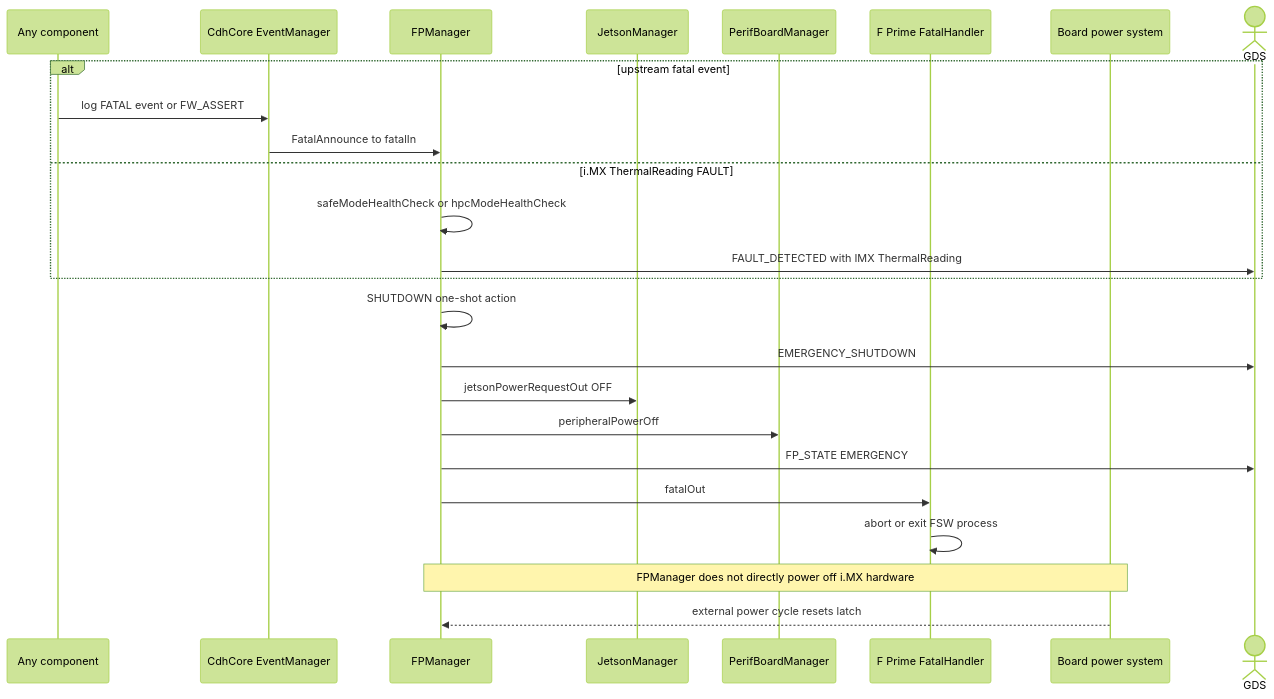
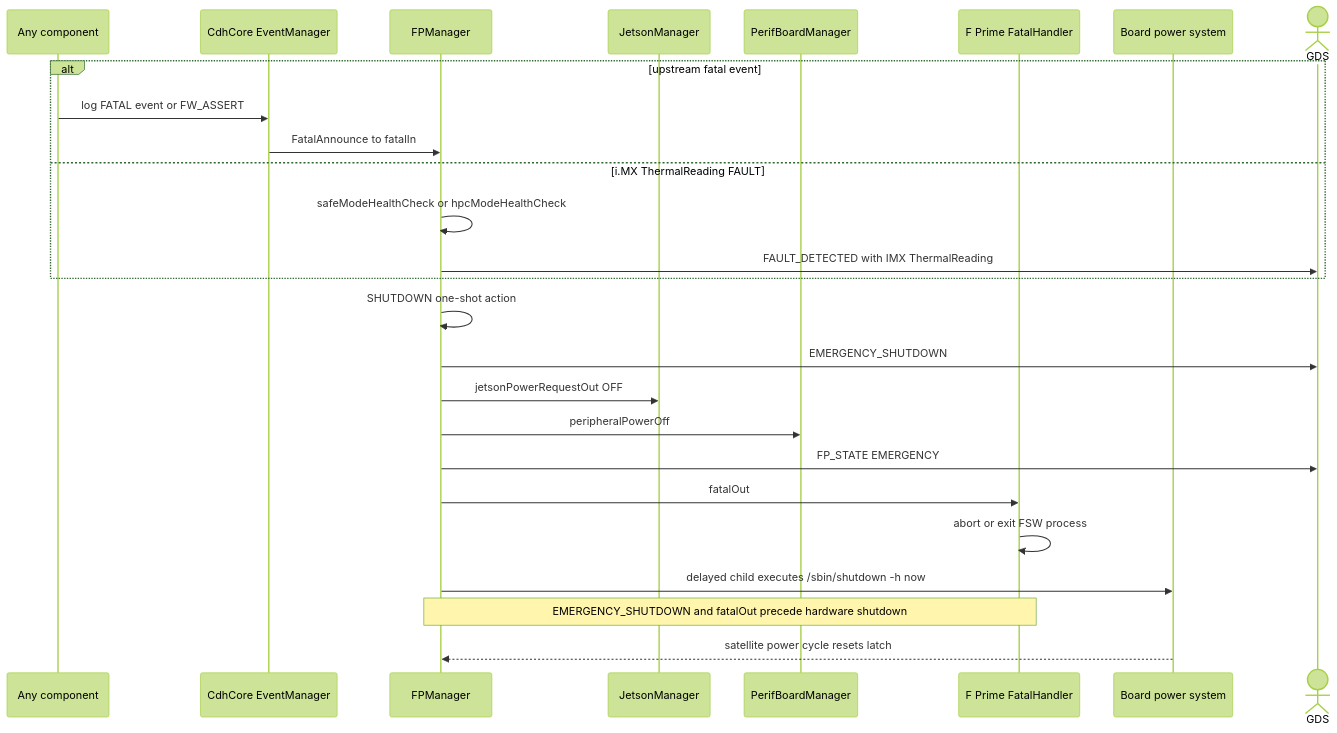
Before and after one commit to BroncoSpace-Lab/fprime-scales: the seventh of 7 diagrams in scales/scalesSvc/FPManager/docs/sdd.md, drawn with Mermaid (forest theme). The commit also changed other lines of this file and 6 other files, not shown here.

````diff
--- a/scales/scalesSvc/FPManager/docs/sdd.md
+++ b/scales/scalesSvc/FPManager/docs/sdd.md
@@ -316,28 +318,29 @@
 ```mermaid
 sequenceDiagram
     participant Source as Any component
     participant Events as CdhCore EventManager
     participant FPM as FPManager
     participant JM as JetsonManager
     participant PBM as PerifBoardManager
     participant FH as F Prime FatalHandler
     participant HW as Board power system
     actor GDS as GDS
 
     alt upstream fatal event
         Source->>Events: log FATAL event or FW_ASSERT
         Events->>FPM: FatalAnnounce to fatalIn
     else i.MX ThermalReading FAULT
         FPM->>FPM: safeModeHealthCheck or hpcModeHealthCheck
         FPM->>GDS: FAULT_DETECTED with IMX ThermalReading
     end
     FPM->>FPM: SHUTDOWN one-shot action
     FPM->>GDS: EMERGENCY_SHUTDOWN
     FPM->>JM: jetsonPowerRequestOut OFF
     FPM->>PBM: peripheralPowerOff
     FPM->>GDS: FP_STATE EMERGENCY
     FPM->>FH: fatalOut
     FH->>FH: abort or exit FSW process
-    Note over FPM,HW: FPManager does not directly power off i.MX hardware
-    HW-->>FPM: external power cycle resets latch
+    FPM->>HW: delayed child executes /sbin/shutdown -h now
+    Note over FPM,FH: EMERGENCY_SHUTDOWN and fatalOut precede hardware shutdown
+    HW-->>FPM: satellite power cycle resets latch
 ```
````
